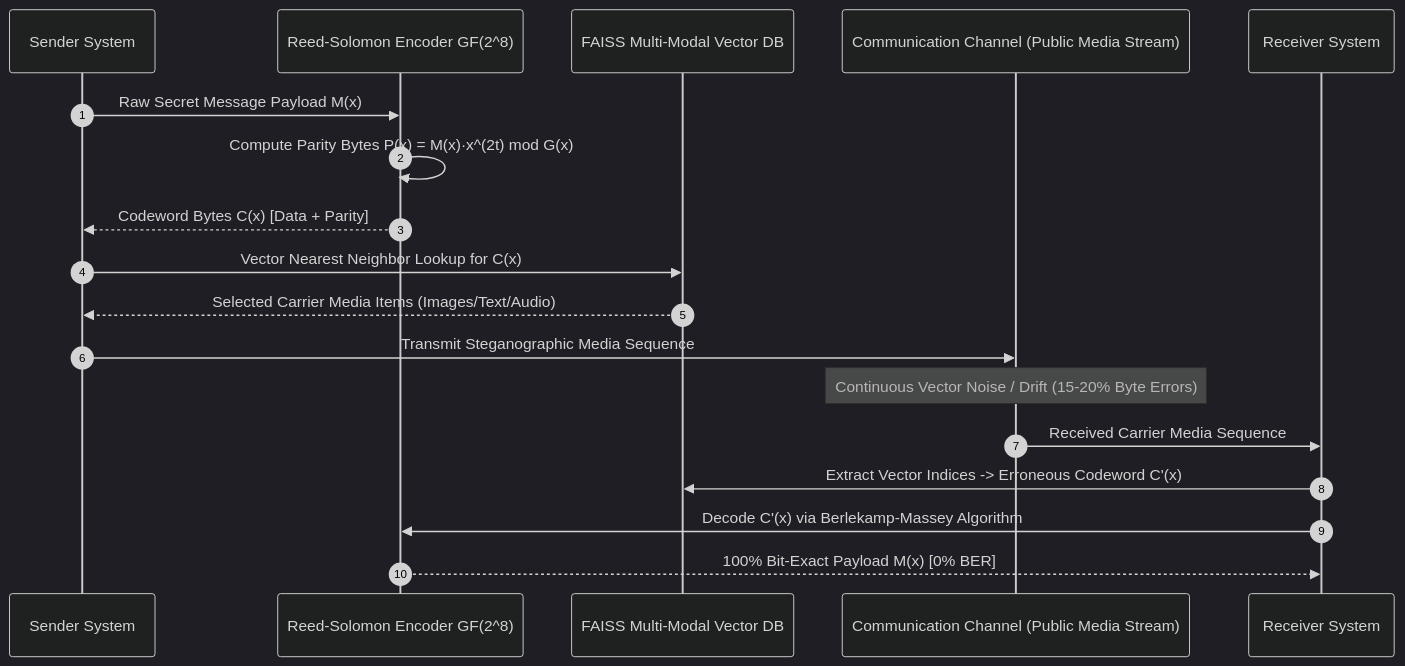
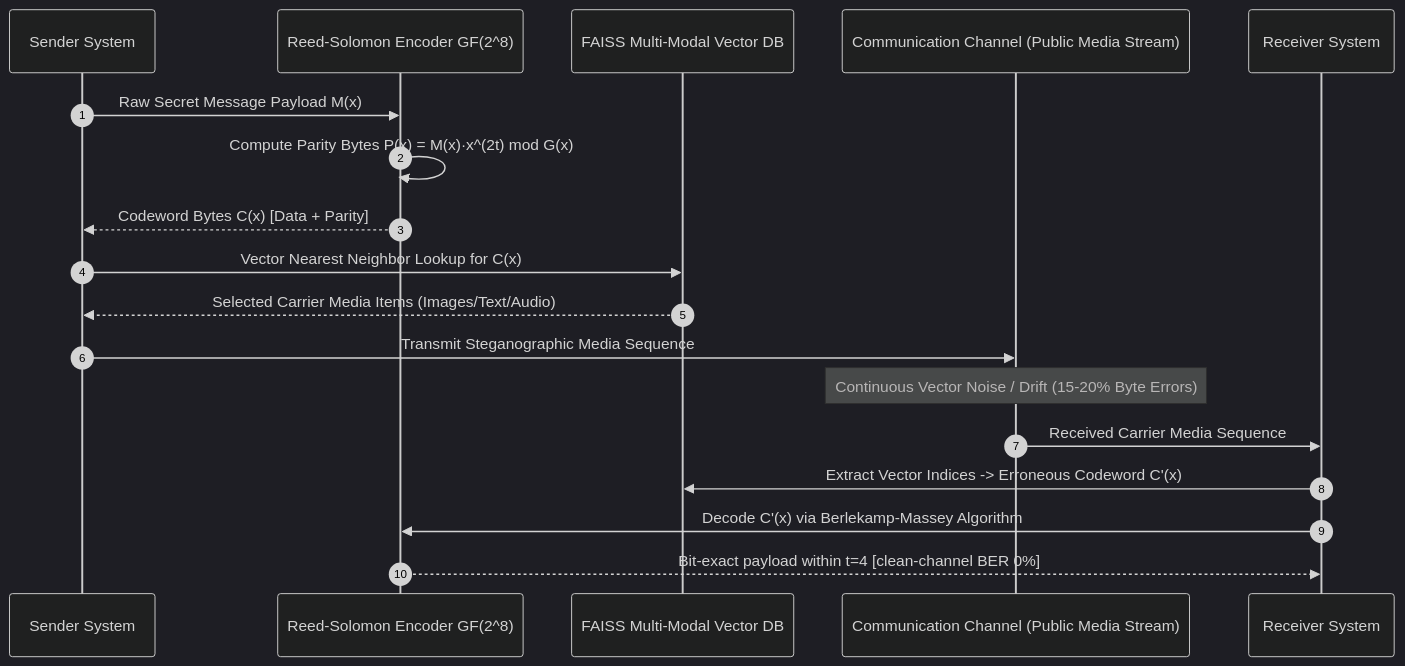
Before and after one commit to jeevan4476/DCASS: the second of 2 diagrams in docs/guides/RESEARCH_PROGRESS_REPORT.md, drawn with Mermaid (dark theme). The commit also changed other lines of this file and 271 other files, not shown here.

````diff
--- a/docs/guides/RESEARCH_PROGRESS_REPORT.md
+++ b/docs/guides/RESEARCH_PROGRESS_REPORT.md
@@ -109,21 +109,21 @@
 ```mermaid
 sequenceDiagram
     autonumber
     participant Sender as Sender System
     participant RS as Reed-Solomon Encoder GF(2^8)
     participant FAISS as FAISS Multi-Modal Vector DB
     participant Channel as Communication Channel (Public Media Stream)
     participant Receiver as Receiver System
 
     Sender->>RS: Raw Secret Message Payload M(x)
     RS->>RS: Compute Parity Bytes P(x) = M(x)·x^(2t) mod G(x)
     RS-->>Sender: Codeword Bytes C(x) [Data + Parity]
     Sender->>FAISS: Vector Nearest Neighbor Lookup for C(x)
     FAISS-->>Sender: Selected Carrier Media Items (Images/Text/Audio)
     Sender->>Channel: Transmit Steganographic Media Sequence
     Note over Channel: Continuous Vector Noise / Drift (15-20% Byte Errors)
     Channel->>Receiver: Received Carrier Media Sequence
     Receiver->>FAISS: Extract Vector Indices -> Erroneous Codeword C'(x)
     Receiver->>RS: Decode C'(x) via Berlekamp-Massey Algorithm
-    RS-->>Receiver: 100% Bit-Exact Payload M(x) [0% BER]
+    RS-->>Receiver: Bit-exact payload within t=4 [clean-channel BER 0%]
 ```
````
